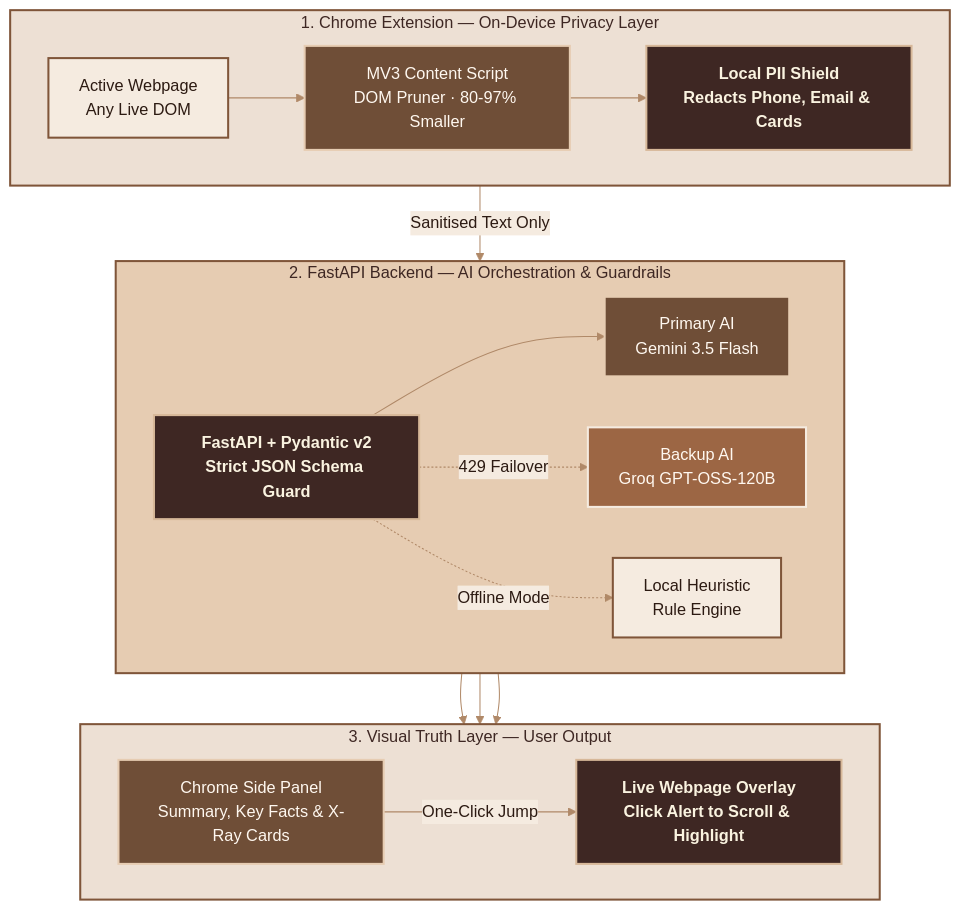
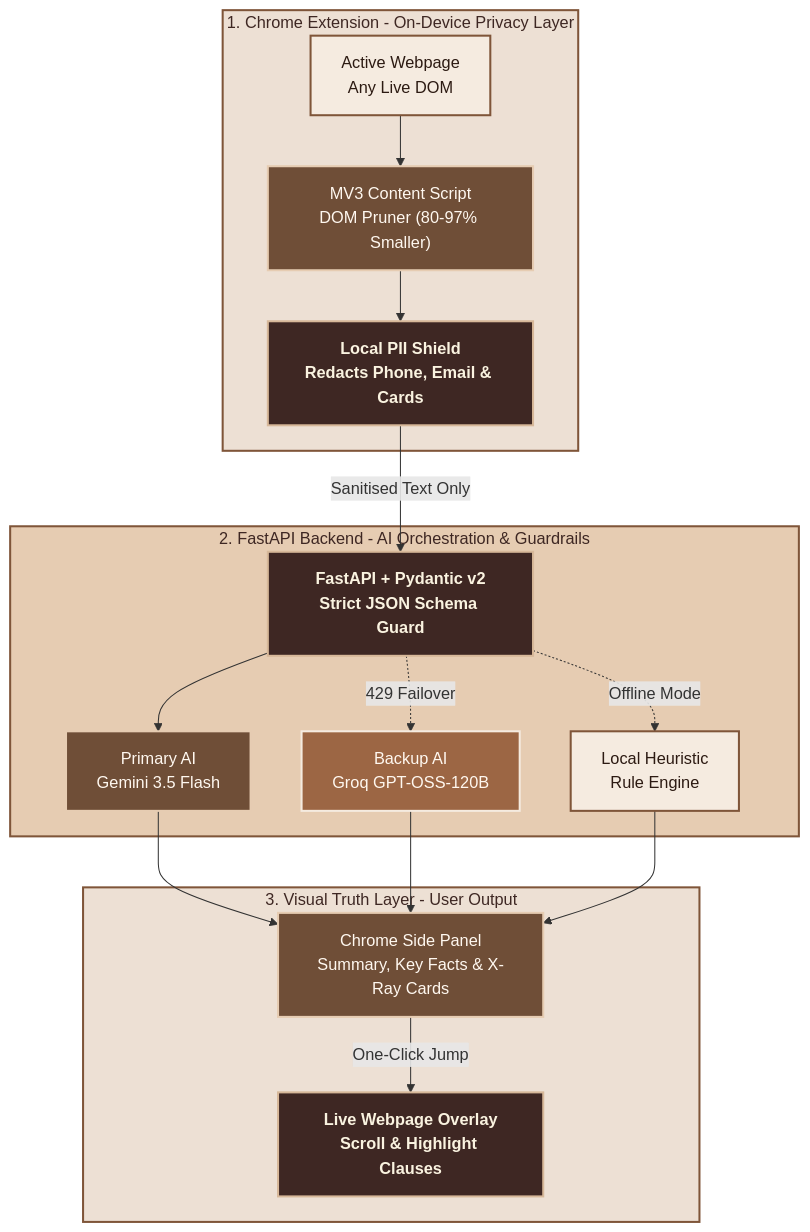
The diagram in README.md (samios07/GlassWeb), drawn with Mermaid before and after one commit.

Commit message:
Fix Mermaid architecture diagram compatibility

````diff
--- a/README.md
+++ b/README.md
@@ -46,38 +46,36 @@
 ```mermaid
-%%{init: {'theme': 'base', 'themeVariables': {'primaryColor': '#F5EBE0', 'primaryTextColor': '#2C1A12', 'primaryBorderColor': '#7F5539', 'lineColor': '#B08968', 'edgeLabelBackground': '#F5EBE0'}}}%%
 flowchart TB
-    subgraph CLIENT["1. Chrome Extension — On-Device Privacy Layer"]
-        direction LR
-        A["Active Webpage<br/>Any Live DOM"]:::beige --> B["MV3 Content Script<br/>DOM Pruner · 80-97% Smaller"]:::mocha
-        B --> C["Local PII Shield<br/>Redacts Phone, Email & Cards"]:::espresso
+    subgraph CLIENT["1. Chrome Extension - On-Device Privacy Layer"]
+        A["Active Webpage<br/>Any Live DOM"] --> B["MV3 Content Script<br/>DOM Pruner (80-97% Smaller)"]
+        B --> C["Local PII Shield<br/>Redacts Phone, Email & Cards"]
     end
 
-    subgraph SERVER["2. FastAPI Backend — AI Orchestration & Guardrails"]
-        direction LR
-        D["FastAPI + Pydantic v2<br/>Strict JSON Schema Guard"]:::espresso
-        D --> E["Primary AI<br/>Gemini 3.5 Flash"]:::mocha
-        D -.->|"429 Failover"| F["Backup AI<br/>Groq GPT-OSS-120B"]:::caramel
-        D -.->|"Offline Mode"| G["Local Heuristic<br/>Rule Engine"]:::beige
+    subgraph SERVER["2. FastAPI Backend - AI Orchestration & Guardrails"]
+        D["FastAPI + Pydantic v2<br/>Strict JSON Schema Guard"] --> E["Primary AI<br/>Gemini 3.5 Flash"]
+        D -.->|"429 Failover"| F["Backup AI<br/>Groq GPT-OSS-120B"]
+        D -.->|"Offline Mode"| G["Local Heuristic<br/>Rule Engine"]
     end
 
-    subgraph OUTPUT["3. Visual Truth Layer — User Output"]
-        direction LR
-        H["Chrome Side Panel<br/>Summary, Key Facts & X-Ray Cards"]:::mocha
-        I["Live Webpage Overlay<br/>Click Alert to Scroll & Highlight"]:::espresso
-        H -->|"One-Click Jump"| I
+    subgraph OUTPUT["3. Visual Truth Layer - User Output"]
+        H["Chrome Side Panel<br/>Summary, Key Facts & X-Ray Cards"] -->|"One-Click Jump"| I["Live Webpage Overlay<br/>Scroll & Highlight Clauses"]
     end
 
     C -->|"Sanitised Text Only"| D
     E --> H
     F --> H
     G --> H
 
     classDef espresso fill:#3E2723,stroke:#D7B899,stroke-width:2px,color:#FAF3E0,font-weight:bold
     classDef mocha fill:#6F4E37,stroke:#E6CCB2,stroke-width:2px,color:#FFF8F0
     classDef caramel fill:#9C6644,stroke:#F5EBE0,stroke-width:2px,color:#FFF8F0
     classDef beige fill:#F5EBE0,stroke:#7F5539,stroke-width:2px,color:#2C1A12
 
+    class C,D,I espresso
+    class B,E,H mocha
+    class F caramel
+    class A,G beige
+
     style CLIENT fill:#EDE0D4,stroke:#7F5539,stroke-width:2px,color:#3E2723
     style SERVER fill:#E6CCB2,stroke:#7F5539,stroke-width:2px,color:#3E2723
     style OUTPUT fill:#EDE0D4,stroke:#7F5539,stroke-width:2px,color:#3E2723
 ```
````
